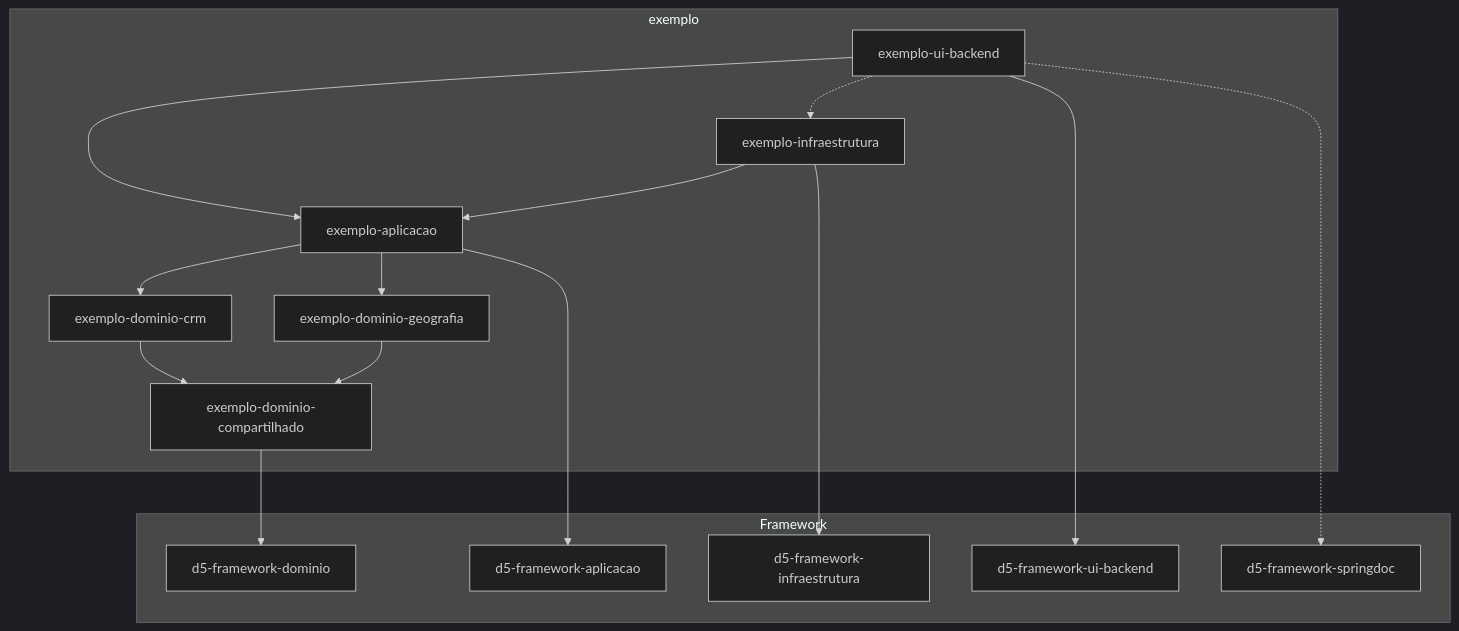
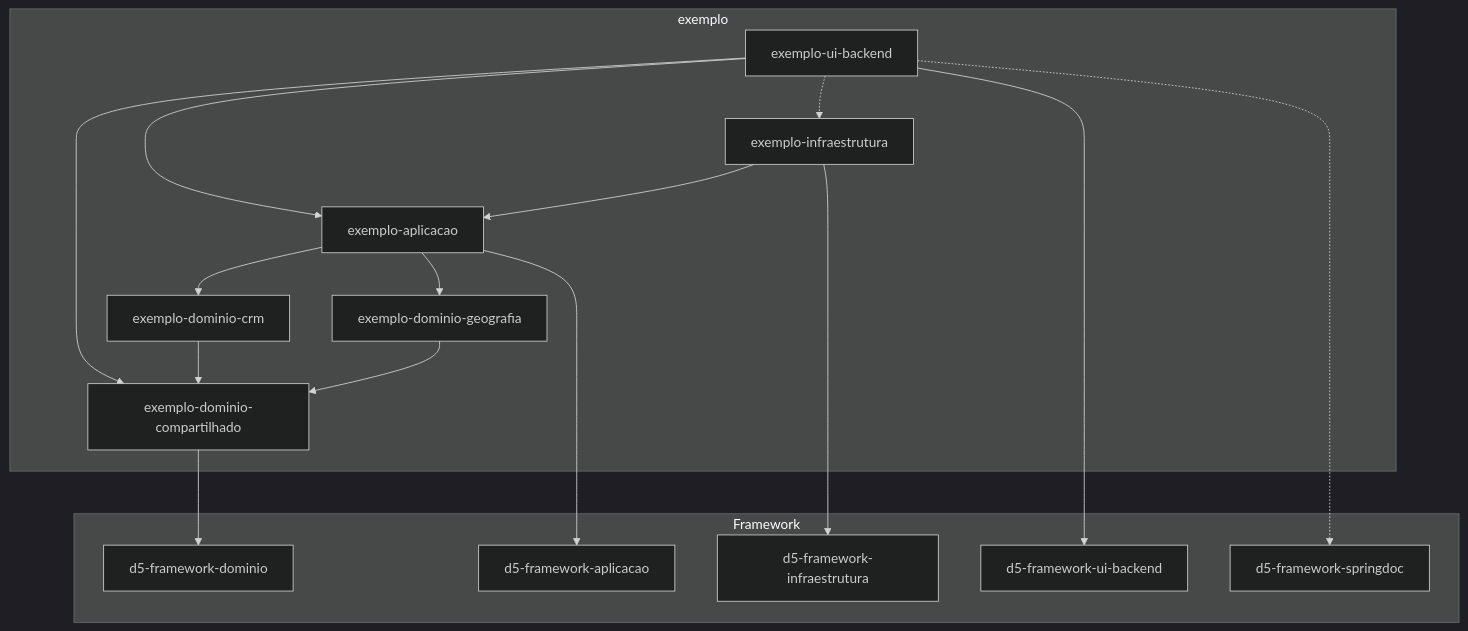
Before and after one commit to sauloaraujodev/d5: the diagram in documentacao/site/docs/tutorial.md, drawn with Mermaid (dark theme). The commit also changed other lines of this file and 16 other files, not shown here.

````diff
--- a/documentacao/site/docs/tutorial.md
+++ b/documentacao/site/docs/tutorial.md
@@ -110,32 +110,33 @@
 ```mermaid
 graph TD
     subgraph Framework
         FD[d5-framework-dominio]
         FA[d5-framework-aplicacao]
         FI[d5-framework-infraestrutura]
         FU[d5-framework-ui-backend]
         FS[d5-framework-springdoc]
     end
 
     subgraph exemplo
         DC[exemplo-dominio-compartilhado]
         DG[exemplo-dominio-geografia]
         DR[exemplo-dominio-crm]
         AP[exemplo-aplicacao]
         IN[exemplo-infraestrutura]
         UI[exemplo-ui-backend]
     end
 
     DC --> FD
     DG --> DC
     DR --> DC
     AP --> FA
     AP --> DG
     AP --> DR
     IN --> FI
     IN --> AP
     UI --> FU
     UI --> AP
+    UI --> DC
     UI -.-> FS
     UI -.-> IN
 ```
````
